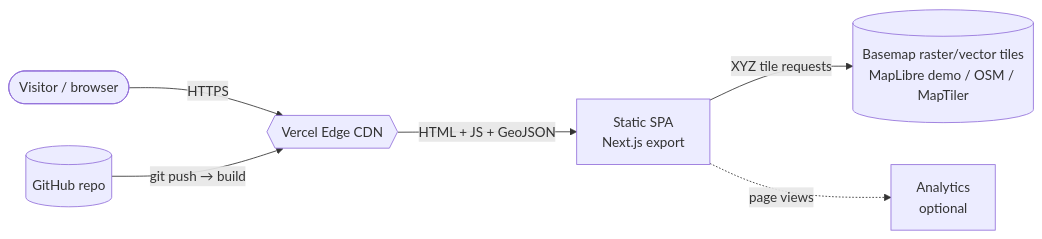
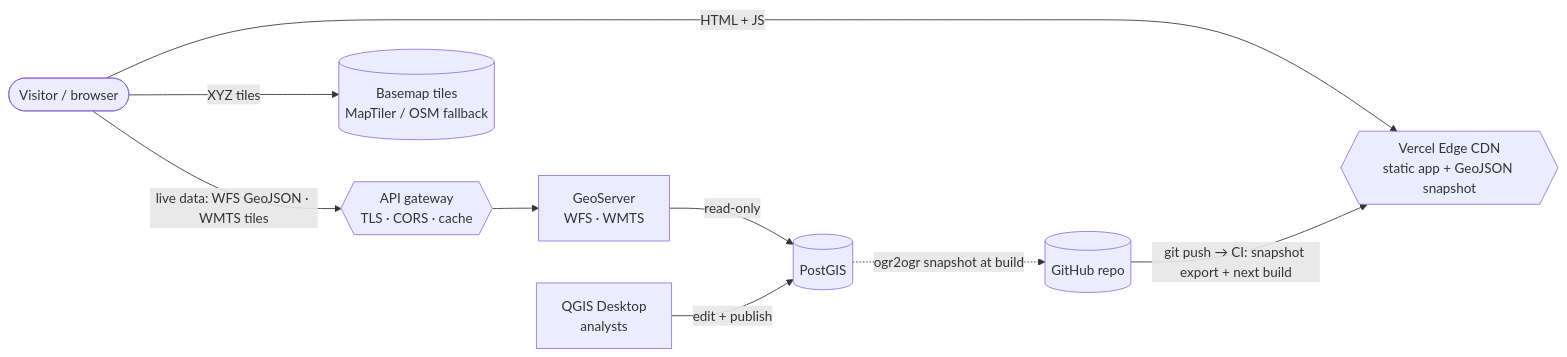
One commit to mahardisetyoso/jkt-webgis-catalyze changed the first of 11 diagrams in docs/architecture.md. Above: the diagram before and after it, drawn with Mermaid. The commit also changed other lines of this file and 5 other files, not shown here.

First line of the commit message:
docs: static frontend over a live PostGIS/GeoServer backend

````diff
--- a/docs/architecture.md
+++ b/docs/architecture.md
@@ -43,15 +47,20 @@
 ```mermaid
 flowchart LR
     user([Visitor / browser])
-    app[Static SPA<br/>Next.js export]
-    cdn{{Vercel Edge CDN}}
-    basemap[(Basemap raster/vector tiles<br/>MapLibre demo / OSM / MapTiler)]
+    cdn{{Vercel Edge CDN<br/>static app + GeoJSON snapshot}}
+    gw{{API gateway<br/>TLS · CORS · cache}}
+    gs[GeoServer<br/>WFS · WMTS]
+    pg[(PostGIS)]
+    qgis[QGIS Desktop<br/>analysts]
+    basemap[(Basemap tiles<br/>MapTiler / OSM fallback)]
     gh[(GitHub repo)]
-    ga[Analytics<br/>optional]
 
-    user -->|HTTPS| cdn
-    cdn -->|HTML + JS + GeoJSON| app
-    app -->|XYZ tile requests| basemap
-    gh -->|git push → build| cdn
-    app -.->|page views| ga
+    user -->|HTML + JS| cdn
+    user -->|live data: WFS GeoJSON · WMTS tiles| gw
+    gw --> gs
+    gs -->|read-only| pg
+    qgis -->|edit + publish| pg
+    user -->|XYZ tiles| basemap
+    gh -->|git push → CI: snapshot export + next build| cdn
+    pg -.->|ogr2ogr snapshot at build| gh
 ```
````
